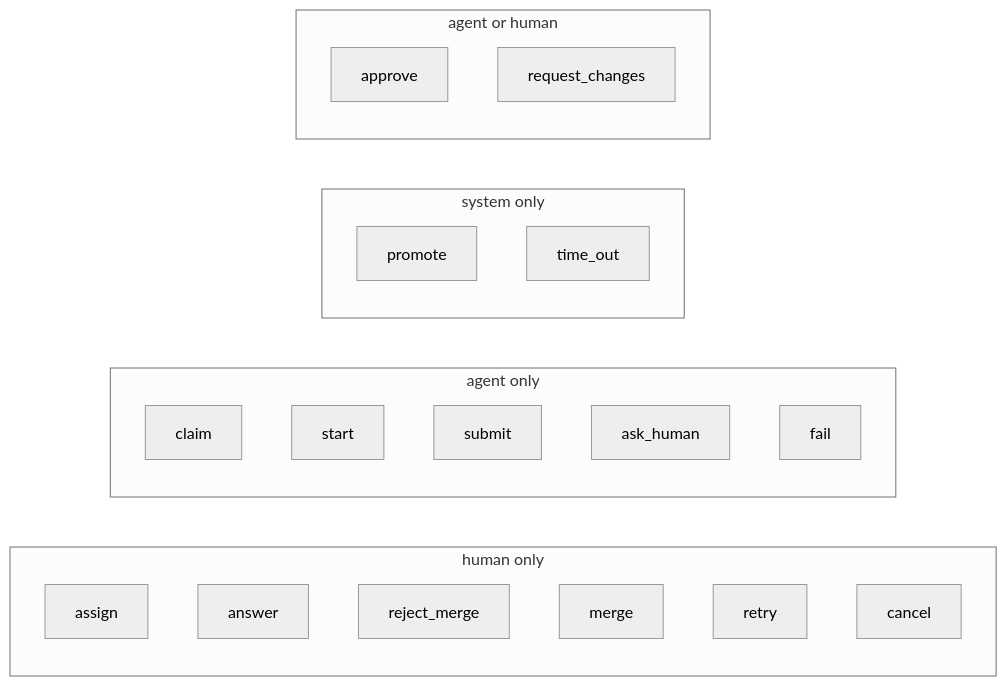
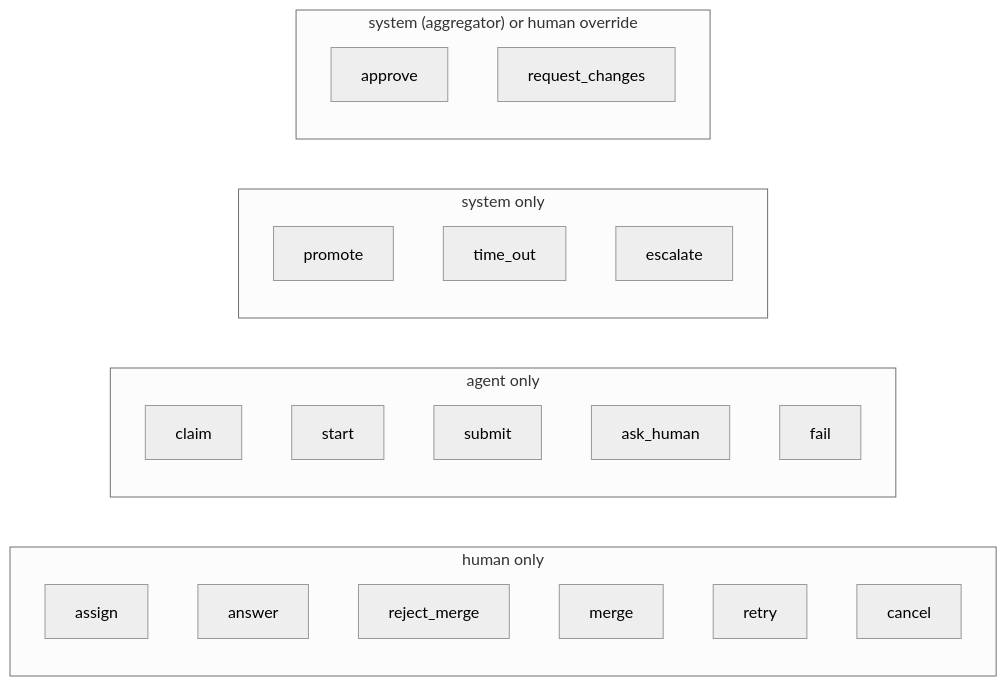
Before and after one commit to bharathcmbox/axiom: the seventh of 9 diagrams in docs/guide/03-state-machines.md, drawn with Mermaid (neutral theme). The commit also changed other lines of this file and 10 other files, not shown here.

````diff
--- a/docs/guide/03-state-machines.md
+++ b/docs/guide/03-state-machines.md
@@ -149,26 +149,27 @@
 ```mermaid
 flowchart LR
     subgraph human["human only"]
         assign
         answer
         reject_merge
         merge
         retry
         cancel
     end
     subgraph agent["agent only"]
         claim
         start
         submit
         ask_human
         fail
     end
     subgraph system["system only"]
         promote
         time_out
+        escalate
     end
-    subgraph either["agent or human"]
+    subgraph either["system (aggregator) or human override"]
         approve
         request_changes
     end
 ```
````
